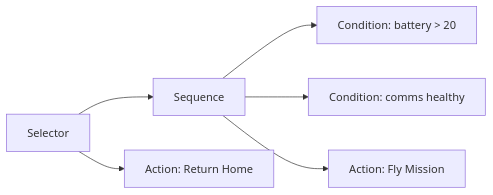
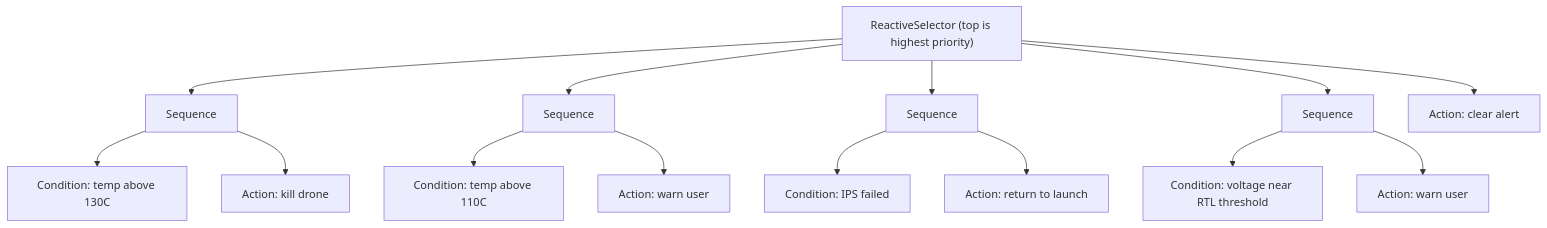
Before and after one commit to kaeladair/arbor: the fourth of 4 diagrams in README.md, drawn with Mermaid. The commit also changed other lines of this file, not shown here.

````diff
--- a/README.md
+++ b/README.md
@@ -109,8 +250,17 @@
 ```mermaid
-flowchart LR
-    Root["Selector"] --> Primary["Sequence"]
-    Root --> Fallback["Action: Return Home"]
-    Primary --> C1["Condition: battery > 20"]
-    Primary --> C2["Condition: comms healthy"]
-    Primary --> A1["Action: Fly Mission"]
+flowchart TD
+    R["ReactiveSelector (top is highest priority)"]
+    R --> N1["Sequence"]
+    N1 --> C1["Condition: temp above 130C"]
+    N1 --> A1["Action: kill drone"]
+    R --> N2["Sequence"]
+    N2 --> C2["Condition: temp above 110C"]
+    N2 --> A2["Action: warn user"]
+    R --> N3["Sequence"]
+    N3 --> C3["Condition: IPS failed"]
+    N3 --> A3["Action: return to launch"]
+    R --> N4["Sequence"]
+    N4 --> C4["Condition: voltage near RTL threshold"]
+    N4 --> A4["Action: warn user"]
+    R --> A5["Action: clear alert"]
 ```
````
